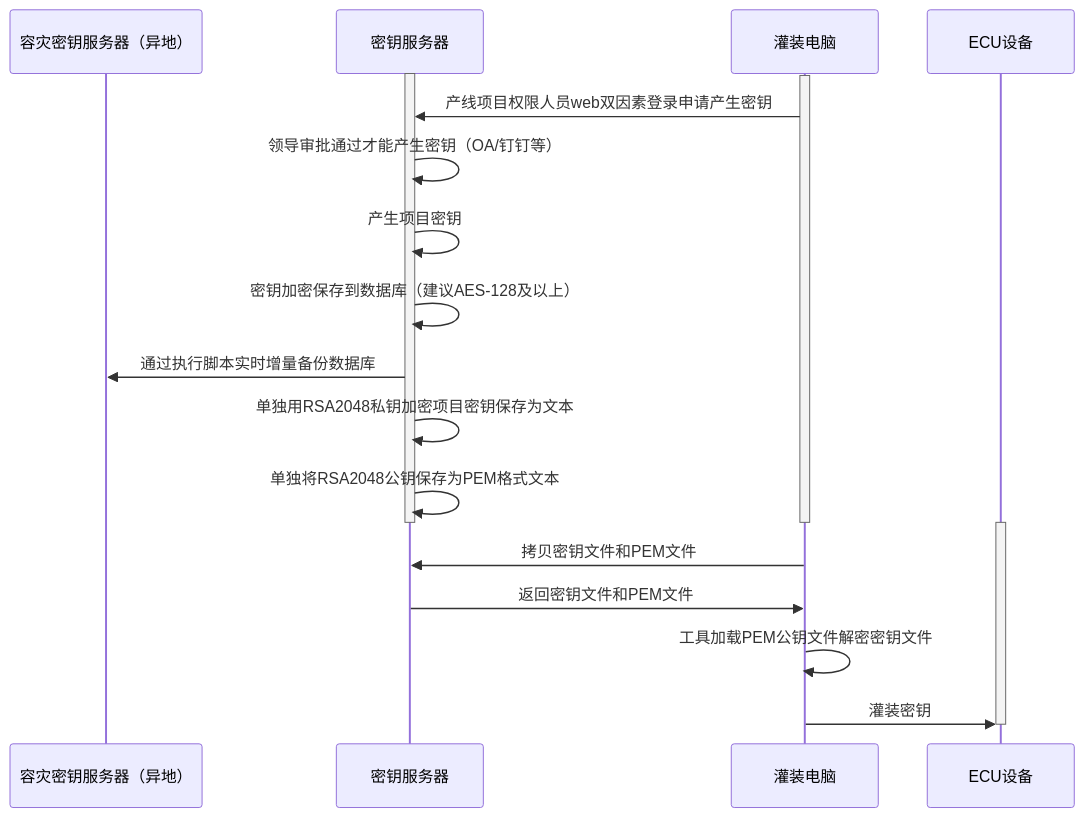
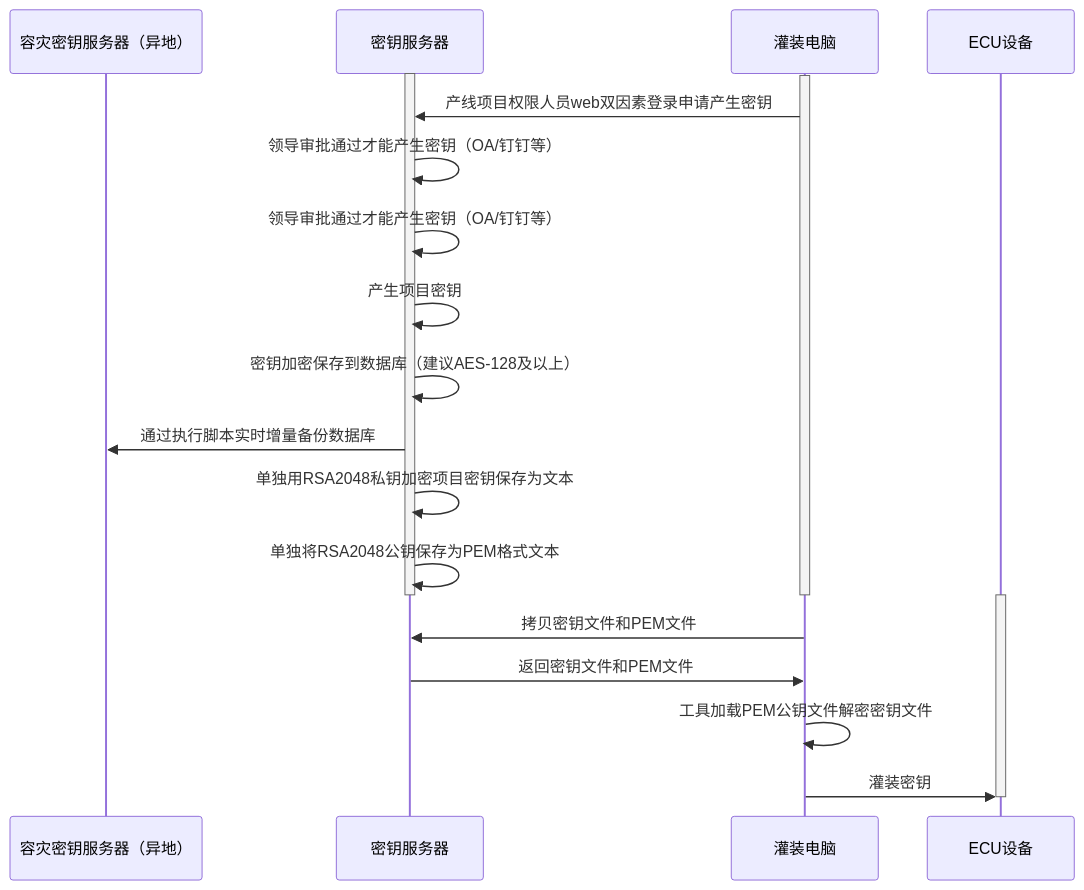
One commit to facebook-cloud/iodraw-files changed the diagram in all/未命名-15.md. Above: the diagram before and after it, drawn with Mermaid.

Commit message:
2026-02-11 19:35:07 update

````diff
--- a/all/未命名-15.md
+++ b/all/未命名-15.md
@@ -1,28 +1,29 @@
 ```mermaid
 sequenceDiagram
     participant A as 容灾密钥服务器（异地）
     participant B as 密钥服务器
     participant D as 灌装电脑
     participant E as ECU设备
 
     activate B
     activate D
     D->>B: 产线项目权限人员web双因素登录申请产生密钥
+    B->>B: 领导审批通过才能产生密钥（OA/钉钉等）
     B->>B: 领导审批通过才能产生密钥（OA/钉钉等）
     B->>B: 产生项目密钥
     B->>B: 密钥加密保存到数据库（建议AES-128及以上）
     B->>A: 通过执行脚本实时增量备份数据库
 
     B->>B: 单独用RSA2048私钥加密项目密钥保存为文本
     B->>B: 单独将RSA2048公钥保存为PEM格式文本
     deactivate B
     deactivate D
 
     activate E
     D->>B: 拷贝密钥文件和PEM文件
     B->>D: 返回密钥文件和PEM文件
     D->>D:工具加载PEM公钥文件解密密钥文件
     D->>E: 灌装密钥
     deactivate E
 
 ```
````
